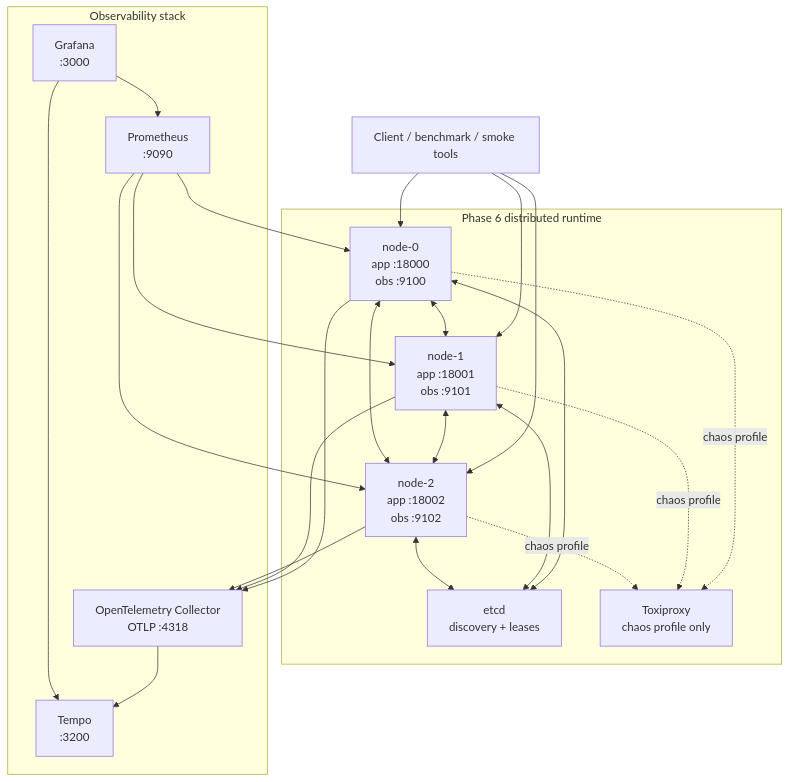
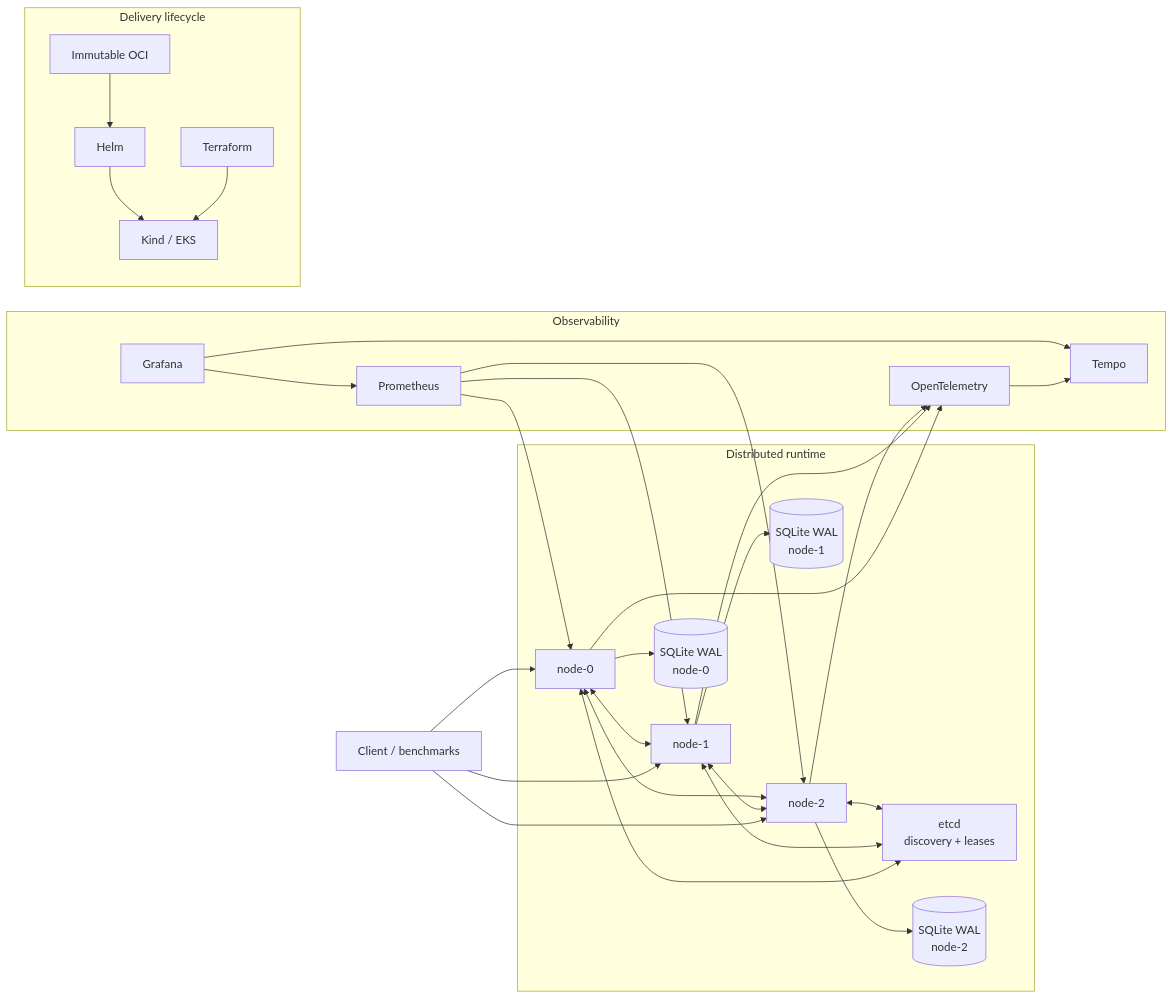
The diagram in README.md (Parmodk2310/Advanced-Distributed-System), drawn with Mermaid before and after one commit. The commit also changed other lines of this file and 6 other files, not shown here.

````diff
--- a/README.md
+++ b/README.md
@@ -115,48 +93,58 @@
 ```mermaid
-flowchart TB
-    Client["Client / benchmark / smoke tools"]
+flowchart LR
+    C[Client / benchmarks]
 
-    subgraph Runtime["Phase 6 distributed runtime"]
-        N0["node-0<br/>app :18000<br/>obs :9100"]
-        N1["node-1<br/>app :18001<br/>obs :9101"]
-        N2["node-2<br/>app :18002<br/>obs :9102"]
-
-        ETCD["etcd<br/>discovery + leases"]
-        TOXI["Toxiproxy<br/>chaos profile only"]
+    subgraph Runtime["Distributed runtime"]
+        N0[node-0]
+        N1[node-1]
+        N2[node-2]
+        E[etcd<br/>discovery + leases]
+        DB0[(SQLite WAL<br/>node-0)]
+        DB1[(SQLite WAL<br/>node-1)]
+        DB2[(SQLite WAL<br/>node-2)]
     end
 
-    subgraph Observability["Observability stack"]
-        PROM["Prometheus<br/>:9090"]
-        OTEL["OpenTelemetry Collector<br/>OTLP :4318"]
-        TEMPO["Tempo<br/>:3200"]
-        GRAF["Grafana<br/>:3000"]
+    subgraph Observability
+        P[Prometheus]
+        O[OpenTelemetry]
+        T[Tempo]
+        G[Grafana]
     end
 
-    Client --> N0
-    Client --> N1
-    Client --> N2
+    subgraph Delivery["Delivery lifecycle"]
+        OCI[Immutable OCI]
+        H[Helm]
+        K[Kind / EKS]
+        TF[Terraform]
+    end
+
+    C --> N0
+    C --> N1
+    C --> N2
 
     N0 <--> N1
     N1 <--> N2
     N0 <--> N2
 
-    N0 <--> ETCD
-    N1 <--> ETCD
-    N2 <--> ETCD
+    N0 <--> E
+    N1 <--> E
+    N2 <--> E
 
-    N0 -. chaos profile .-> TOXI
-    N1 -. chaos profile .-> TOXI
-    N2 -. chaos profile .-> TOXI
+    N0 --> DB0
+    N1 --> DB1
+    N2 --> DB2
 
-    PROM --> N0
-    PROM --> N1
-    PROM --> N2
+    P --> N0
+    P --> N1
+    P --> N2
+    N0 --> O
+    N1 --> O
+    N2 --> O
+    O --> T
+    G --> P
+    G --> T
 
-    N0 --> OTEL
-    N1 --> OTEL
-    N2 --> OTEL
-
-    OTEL --> TEMPO
-    GRAF --> PROM
-    GRAF --> TEMPO
+    OCI --> H
+    H --> K
+    TF --> K
 ```
````
